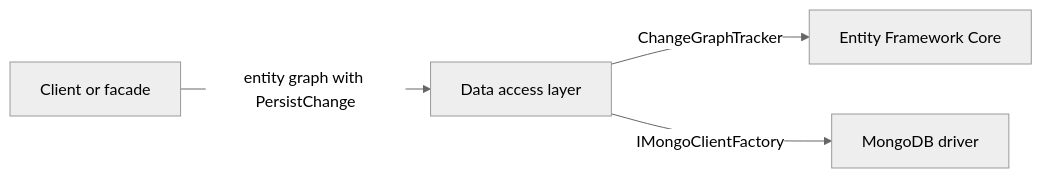
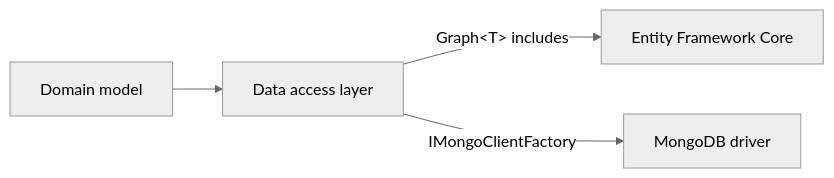
The diagram in docs/guides/data/index.md (Arc4u-org/Arc4u), drawn with Mermaid (neutral theme) before and after one commit. The commit also changed other lines of this file and 63 other files, not shown here.

````diff
--- a/docs/guides/data/index.md
+++ b/docs/guides/data/index.md
@@ -15,6 +12,6 @@
 ```mermaid
 flowchart LR
-    Client[Client or facade] -->|entity graph with PersistChange| DAL[Data access layer]
-    DAL -->|ChangeGraphTracker| EF[Entity Framework Core]
+    Domain[Domain model] --> DAL[Data access layer]
+    DAL -->|Graph&lt;T&gt; includes| EF[Entity Framework Core]
     DAL -->|IMongoClientFactory| Mongo[MongoDB driver]
 ```
````
